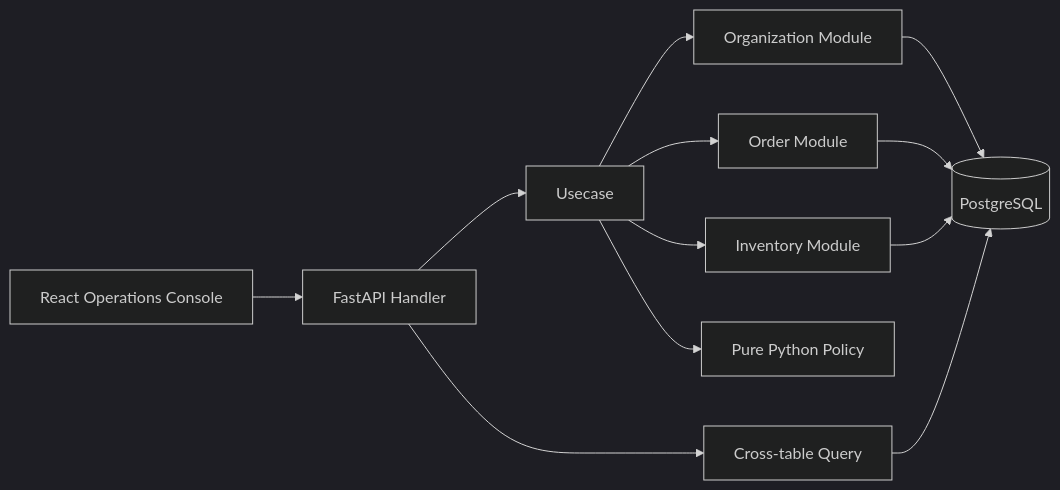
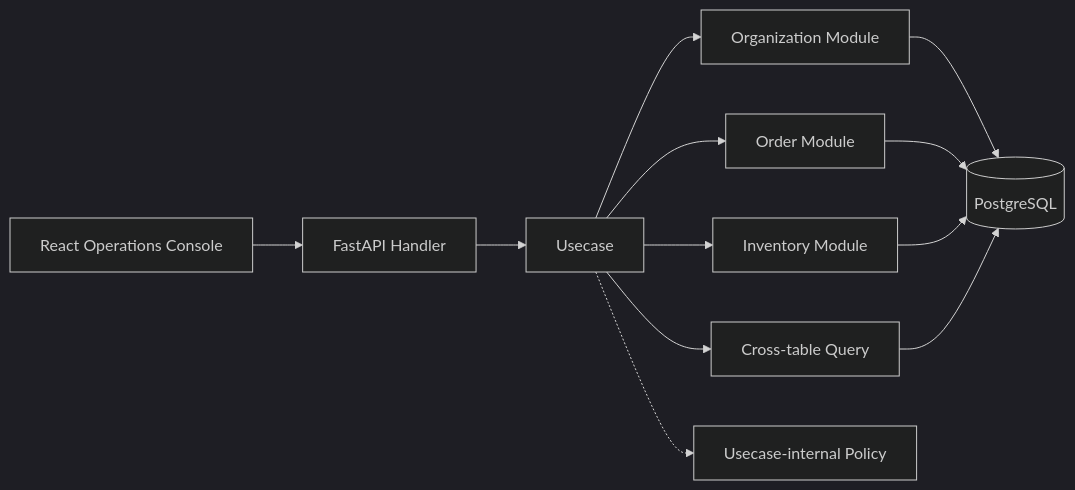
The second of 2 diagrams in README.md (kodaimura/humq-sample), drawn with Mermaid (dark theme) before and after one commit. The commit also changed other lines of this file and 26 other files, not shown here.

````diff
--- a/README.md
+++ b/README.md
@@ -41,14 +43,14 @@
 ```mermaid
 flowchart LR
     UI["React Operations Console"] --> API["FastAPI Handler"]
     API --> UC["Usecase"]
     UC --> M1["Organization Module"]
     UC --> M2["Order Module"]
     UC --> M3["Inventory Module"]
-    API --> Q["Cross-table Query"]
-    UC --> P["Pure Python Policy"]
+    UC --> Q["Cross-table Query"]
+    UC -.-> P["Usecase-internal Policy"]
     M1 --> DB[(PostgreSQL)]
     M2 --> DB
     M3 --> DB
     Q --> DB
 ```
````
